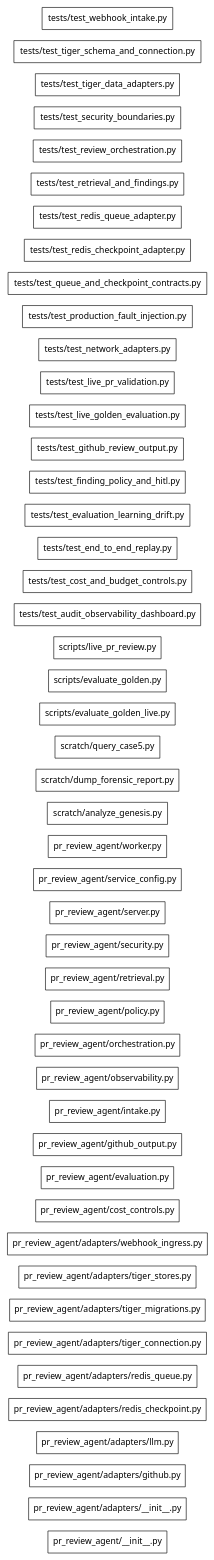
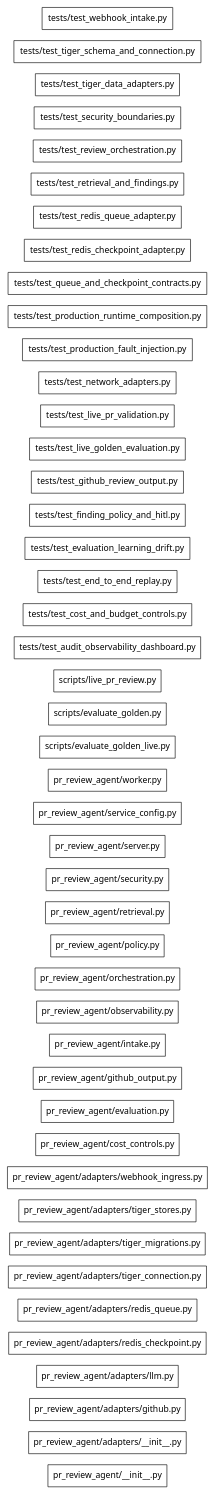
One commit to Ayush-Kant/PR-Review-Agent changed the diagram in .genesis/index/graph.dot. Above: the diagram before and after it, drawn with Graphviz. The commit also changed 19 other files, not shown here.

Commit message:
feat(composition): implement production runtime composition behind existing contracts (W1-08A)

```diff
--- a/.genesis/index/graph.dot
+++ b/.genesis/index/graph.dot
@@ -1,52 +1,50 @@
 digraph genesis {
   rankdir=LR;
   node [shape=box,fontname="system-ui"];
   "file:pr_review_agent/__init__.py" [label="pr_review_agent/__init__.py",class="file"];
   "file:pr_review_agent/adapters/__init__.py" [label="pr_review_agent/adapters/__init__.py",class="file"];
   "file:pr_review_agent/adapters/github.py" [label="pr_review_agent/adapters/github.py",class="file"];
   "file:pr_review_agent/adapters/llm.py" [label="pr_review_agent/adapters/llm.py",class="file"];
   "file:pr_review_agent/adapters/redis_checkpoint.py" [label="pr_review_agent/adapters/redis_checkpoint.py",class="file"];
   "file:pr_review_agent/adapters/redis_queue.py" [label="pr_review_agent/adapters/redis_queue.py",class="file"];
   "file:pr_review_agent/adapters/tiger_connection.py" [label="pr_review_agent/adapters/tiger_connection.py",class="file"];
   "file:pr_review_agent/adapters/tiger_migrations.py" [label="pr_review_agent/adapters/tiger_migrations.py",class="file"];
   "file:pr_review_agent/adapters/tiger_stores.py" [label="pr_review_agent/adapters/tiger_stores.py",class="file"];
   "file:pr_review_agent/adapters/webhook_ingress.py" [label="pr_review_agent/adapters/webhook_ingress.py",class="file"];
   "file:pr_review_agent/cost_controls.py" [label="pr_review_agent/cost_controls.py",class="file"];
   "file:pr_review_agent/evaluation.py" [label="pr_review_agent/evaluation.py",class="file"];
   "file:pr_review_agent/github_output.py" [label="pr_review_agent/github_output.py",class="file"];
   "file:pr_review_agent/intake.py" [label="pr_review_agent/intake.py",class="file"];
   "file:pr_review_agent/observability.py" [label="pr_review_agent/observability.py",class="file"];
   "file:pr_review_agent/orchestration.py" [label="pr_review_agent/orchestration.py",class="file"];
   "file:pr_review_agent/policy.py" [label="pr_review_agent/policy.py",class="file"];
   "file:pr_review_agent/retrieval.py" [label="pr_review_agent/retrieval.py",class="file"];
   "file:pr_review_agent/security.py" [label="pr_review_agent/security.py",class="file"];
   "file:pr_review_agent/server.py" [label="pr_review_agent/server.py",class="file"];
   "file:pr_review_agent/service_config.py" [label="pr_review_agent/service_config.py",class="file"];
   "file:pr_review_agent/worker.py" [label="pr_review_agent/worker.py",class="file"];
-  "file:scratch/analyze_genesis.py" [label="scratch/analyze_genesis.py",class="file"];
-  "file:scratch/dump_forensic_report.py" [label="scratch/dump_forensic_report.py",class="file"];
-  "file:scratch/query_case5.py" [label="scratch/query_case5.py",class="file"];
   "file:scripts/evaluate_golden_live.py" [label="scripts/evaluate_golden_live.py",class="file"];
   "file:scripts/evaluate_golden.py" [label="scripts/evaluate_golden.py",class="file"];
   "file:scripts/live_pr_review.py" [label="scripts/live_pr_review.py",class="file"];
   "file:tests/test_audit_observability_dashboard.py" [label="tests/test_audit_observability_dashboard.py",class="file"];
   "file:tests/test_cost_and_budget_controls.py" [label="tests/test_cost_and_budget_controls.py",class="file"];
   "file:tests/test_end_to_end_replay.py" [label="tests/test_end_to_end_replay.py",class="file"];
   "file:tests/test_evaluation_learning_drift.py" [label="tests/test_evaluation_learning_drift.py",class="file"];
   "file:tests/test_finding_policy_and_hitl.py" [label="tests/test_finding_policy_and_hitl.py",class="file"];
   "file:tests/test_github_review_output.py" [label="tests/test_github_review_output.py",class="file"];
   "file:tests/test_live_golden_evaluation.py" [label="tests/test_live_golden_evaluation.py",class="file"];
   "file:tests/test_live_pr_validation.py" [label="tests/test_live_pr_validation.py",class="file"];
   "file:tests/test_network_adapters.py" [label="tests/test_network_adapters.py",class="file"];
   "file:tests/test_production_fault_injection.py" [label="tests/test_production_fault_injection.py",class="file"];
+  "file:tests/test_production_runtime_composition.py" [label="tests/test_production_runtime_composition.py",class="file"];
   "file:tests/test_queue_and_checkpoint_contracts.py" [label="tests/test_queue_and_checkpoint_contracts.py",class="file"];
   "file:tests/test_redis_checkpoint_adapter.py" [label="tests/test_redis_checkpoint_adapter.py",class="file"];
   "file:tests/test_redis_queue_adapter.py" [label="tests/test_redis_queue_adapter.py",class="file"];
   "file:tests/test_retrieval_and_findings.py" [label="tests/test_retrieval_and_findings.py",class="file"];
   "file:tests/test_review_orchestration.py" [label="tests/test_review_orchestration.py",class="file"];
   "file:tests/test_security_boundaries.py" [label="tests/test_security_boundaries.py",class="file"];
   "file:tests/test_tiger_data_adapters.py" [label="tests/test_tiger_data_adapters.py",class="file"];
   "file:tests/test_tiger_schema_and_connection.py" [label="tests/test_tiger_schema_and_connection.py",class="file"];
   "file:tests/test_webhook_intake.py" [label="tests/test_webhook_intake.py",class="file"];
 
 }
```
